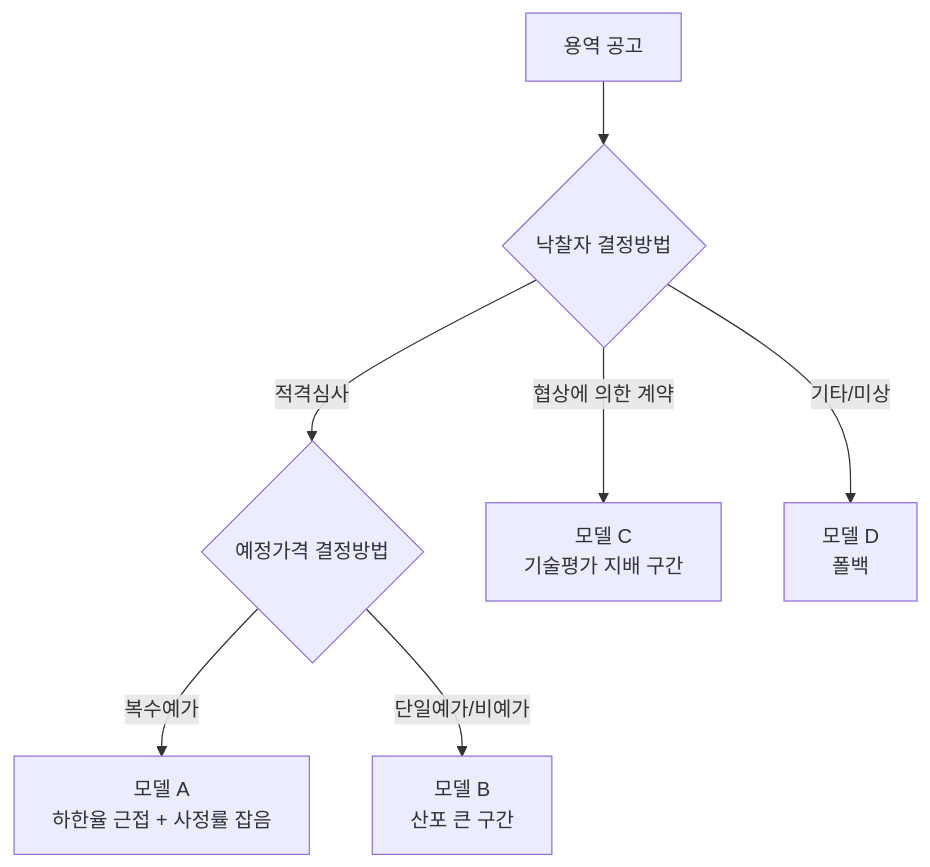
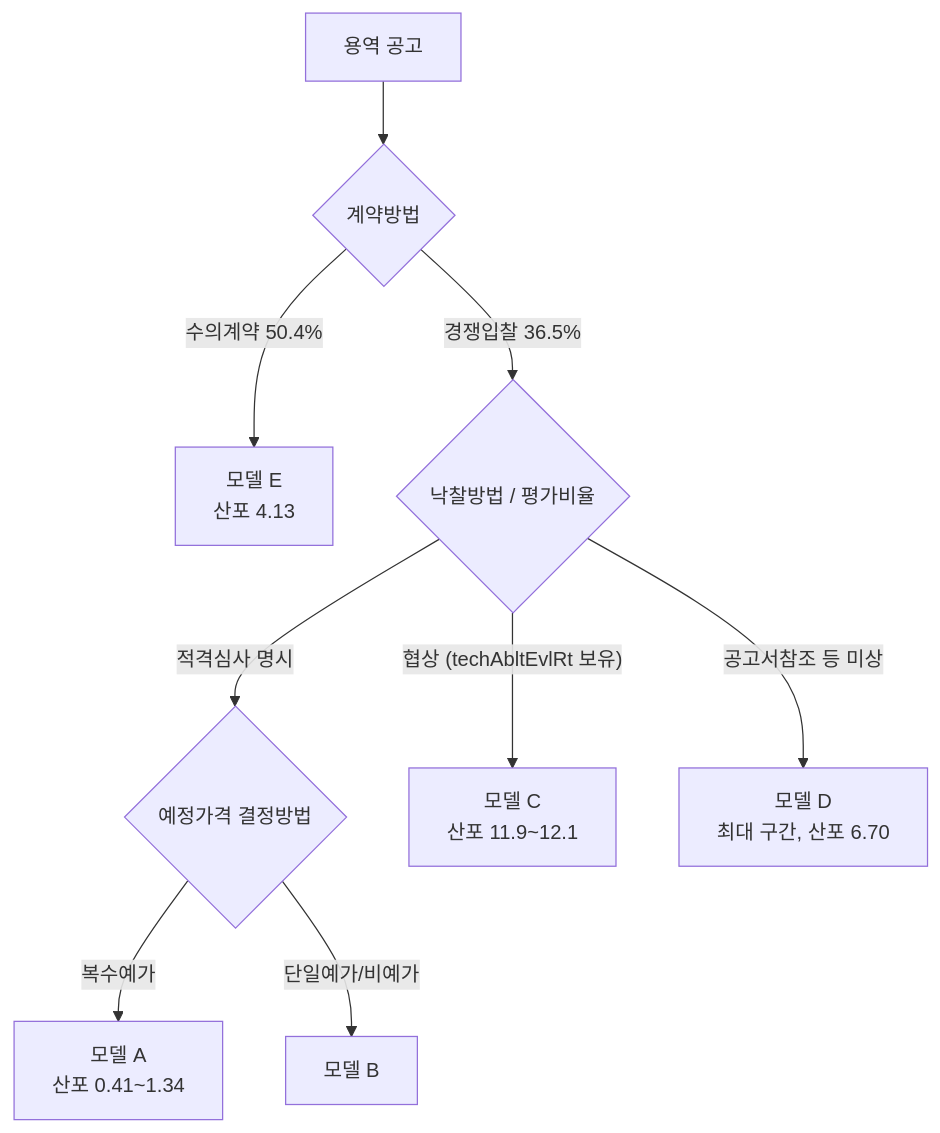
The second of 2 diagrams in docs/design/g2b_procurement_institution_analysis.md (kwanbum217/refac_bid_box), drawn with Mermaid before and after one commit. The commit also changed other lines of this file and 5 other files, not shown here.

````diff
--- a/docs/design/g2b_procurement_institution_analysis.md
+++ b/docs/design/g2b_procurement_institution_analysis.md
@@ -330,9 +353,11 @@
 ```mermaid
 flowchart TD
-    A["용역 공고"] --> B{"낙찰자 결정방법"}
-    B -->|"적격심사"| C{"예정가격 결정방법"}
-    B -->|"협상에 의한 계약"| F["모델 C<br/>기술평가 지배 구간"]
-    B -->|"기타/미상"| G["모델 D<br/>폴백"]
-    C -->|"복수예가"| D["모델 A<br/>하한율 근접 + 사정률 잡음"]
-    C -->|"단일예가/비예가"| E["모델 B<br/>산포 큰 구간"]
+    A["용역 공고"] --> Z{"계약방법"}
+    Z -->|"수의계약 50.4%"| Y["모델 E<br/>산포 4.13"]
+    Z -->|"경쟁입찰 36.5%"| B{"낙찰방법 / 평가비율"}
+    B -->|"적격심사 명시"| C{"예정가격 결정방법"}
+    B -->|"협상 (techAbltEvlRt 보유)"| F["모델 C<br/>산포 11.9~12.1"]
+    B -->|"공고서참조 등 미상"| G["모델 D<br/>최대 구간, 산포 6.70"]
+    C -->|"복수예가"| D["모델 A<br/>산포 0.41~1.34"]
+    C -->|"단일예가/비예가"| E["모델 B"]
 ```
````
